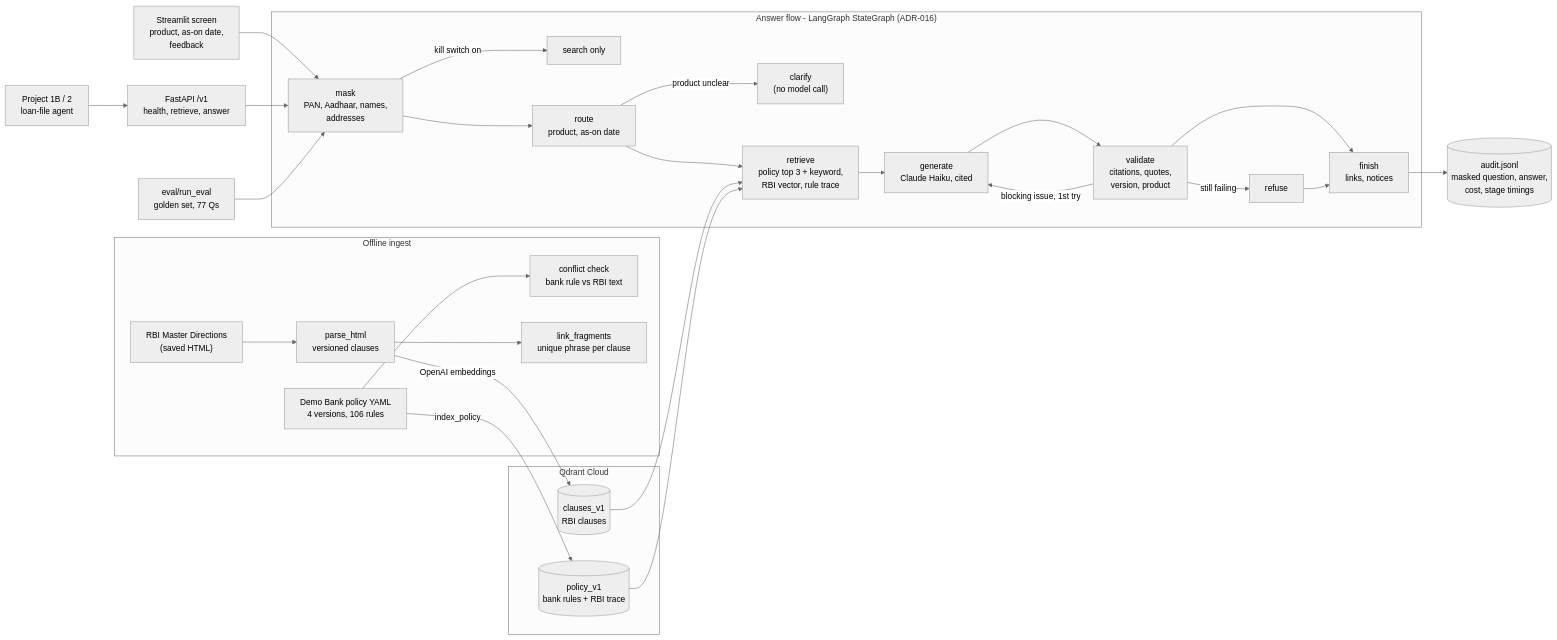
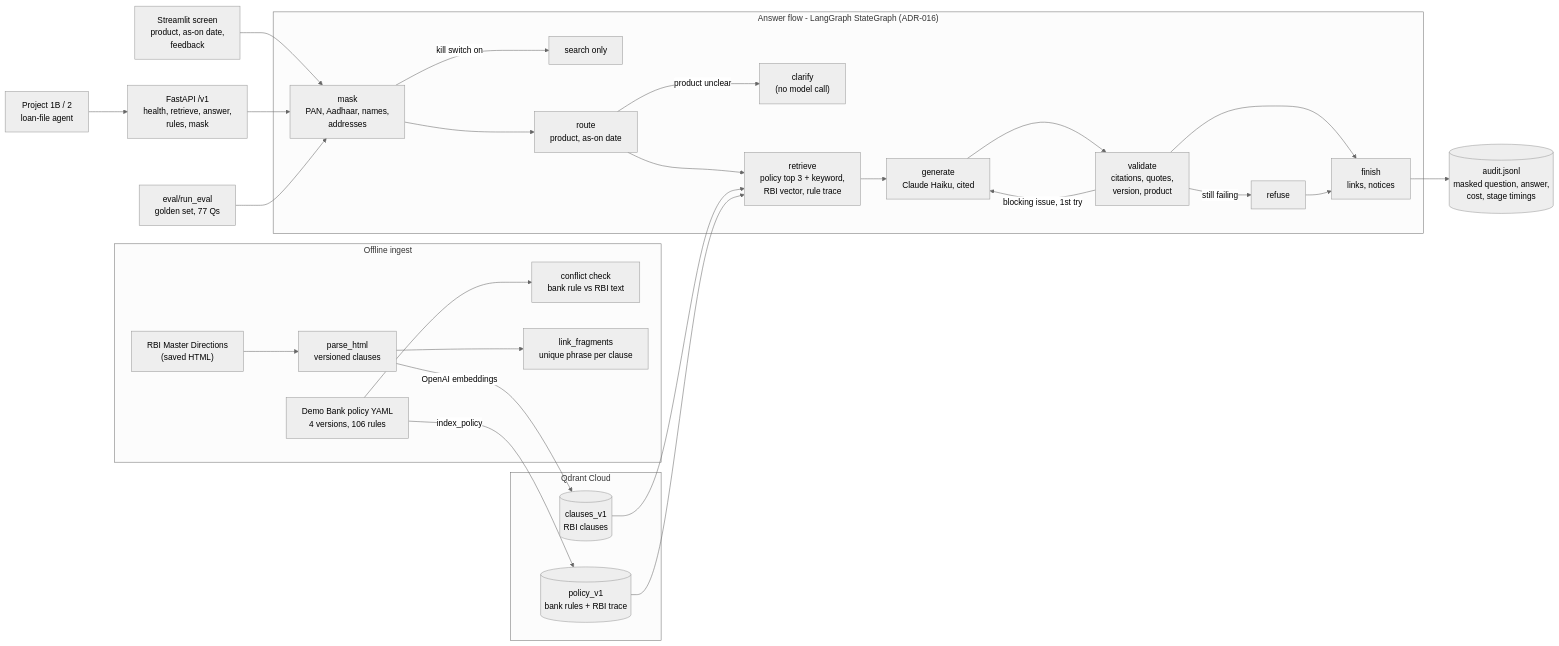
One commit to anuragthakur73/bank-policy-qa changed the diagram in README.md. Above: the diagram before and after it, drawn with Mermaid (neutral theme). The commit also changed other lines of this file and 6 other files, not shown here.

Commit message:
Week 7 S2: /v1/rules by date, params on chunks, /v1/mask (ADR-022, contract v0.7)

````diff
--- a/README.md
+++ b/README.md
@@ -87,34 +89,34 @@
 ```mermaid
 flowchart LR
   subgraph ingest["Offline ingest"]
     RBI["RBI Master Directions<br/>(saved HTML)"] --> PARSE["parse_html<br/>versioned clauses"]
     POL["Demo Bank policy YAML<br/>4 versions, 106 rules"] --> CONF["conflict check<br/>bank rule vs RBI text"]
     PARSE --> FRAG["link_fragments<br/>unique phrase per clause"]
   end
   subgraph qdrant["Qdrant Cloud"]
     C1[("clauses_v1<br/>RBI clauses")]
     C2[("policy_v1<br/>bank rules + RBI trace")]
   end
   PARSE -- "OpenAI embeddings" --> C1
   POL -- "index_policy" --> C2
 
   subgraph flow["Answer flow - LangGraph StateGraph (ADR-016)"]
     M["mask<br/>PAN, Aadhaar, names,<br/>addresses"] -->|kill switch on| SO["search only"]
     M --> R["route<br/>product, as-on date"]
     R -->|"product unclear"| CL["clarify<br/>(no model call)"]
     R --> RT["retrieve<br/>policy top 3 + keyword,<br/>RBI vector, rule trace"]
     RT --> G["generate<br/>Claude Haiku, cited"]
     G --> V["validate<br/>citations, quotes,<br/>version, product"]
     V -->|"blocking issue, 1st try"| G
     V -->|"still failing"| RF["refuse"]
     V --> F["finish<br/>links, notices"]
     RF --> F
   end
   C1 & C2 --> RT
 
   UI["Streamlit screen<br/>product, as-on date,<br/>feedback"] --> M
-  B1["Project 1B / 2<br/>loan-file agent"] --> API["FastAPI /v1<br/>health, retrieve, answer"]
+  B1["Project 1B / 2<br/>loan-file agent"] --> API["FastAPI /v1<br/>health, retrieve, answer,<br/>rules, mask"]
   API --> M
   EVAL["eval/run_eval<br/>golden set, 77 Qs"] --> M
   F --> LOG[("audit.jsonl<br/>masked question, answer,<br/>cost, stage timings")]
 ```
````
